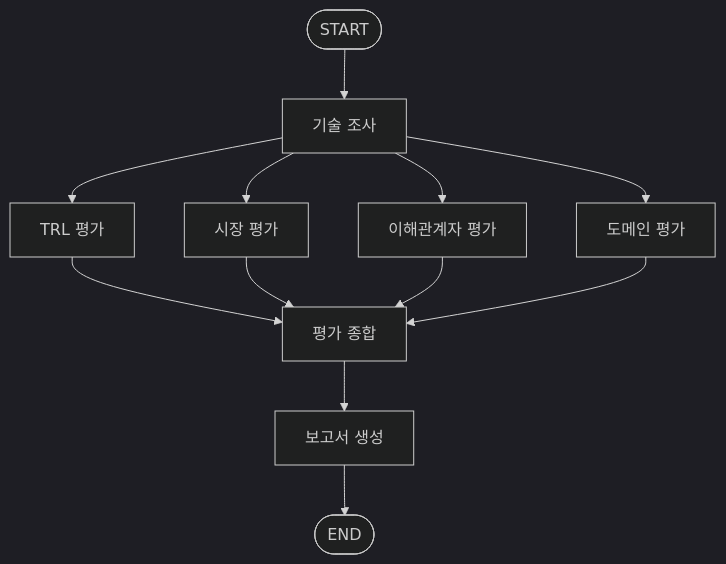
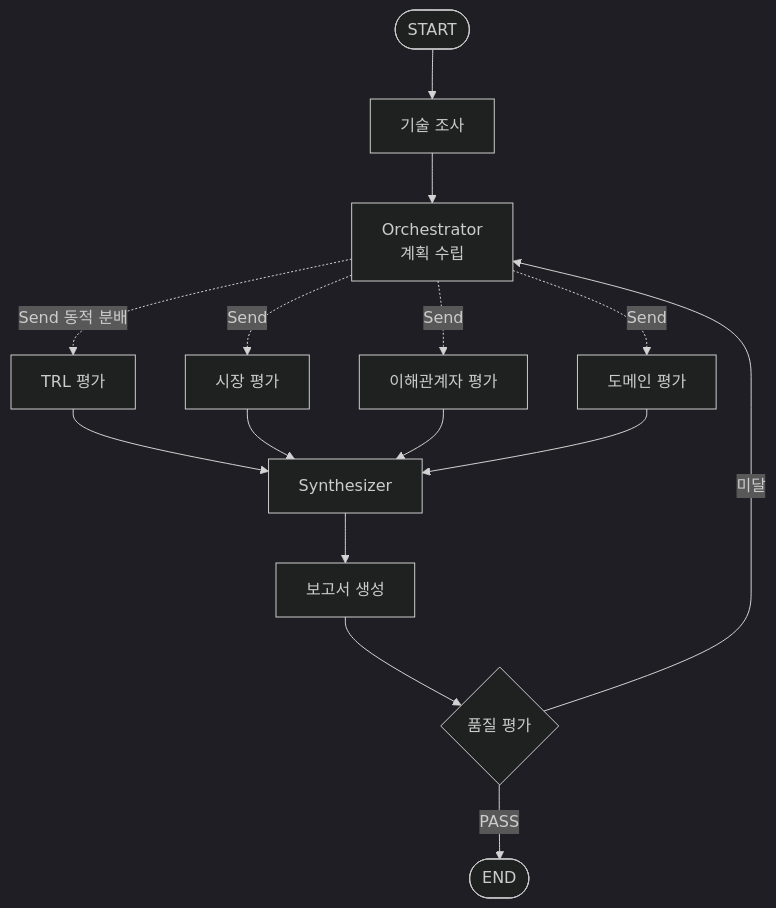
One commit to Team-1253/KV-cache-LangGraph changed the diagram in README.md. Above: the diagram before and after it, drawn with Mermaid (dark theme). The commit also changed other lines of this file, not shown here.

````diff
--- a/README.md
+++ b/README.md
@@ -133,14 +148,17 @@
 ```mermaid
 graph TD;
     START([START]) --> TR[기술 조사]
-    TR --> TRL[TRL 평가]
-    TR --> MK[시장 평가]
-    TR --> SH[이해관계자 평가]
-    TR --> DM[도메인 평가]
-    TRL --> SY[평가 종합]
-    MK --> SY
-    SH --> SY
-    DM --> SY
+    TR --> OR[Orchestrator<br/>계획 수립]
+    OR -. Send 동적 분배 .-> W1[TRL 평가]
+    OR -. Send .-> W2[시장 평가]
+    OR -. Send .-> W3[이해관계자 평가]
+    OR -. Send .-> W4[도메인 평가]
+    W1 --> SY[Synthesizer]
+    W2 --> SY
+    W3 --> SY
+    W4 --> SY
     SY --> RP[보고서 생성]
-    RP --> END([END])
+    RP --> QG{품질 평가}
+    QG -- PASS --> END([END])
+    QG -- 미달 --> OR
 ```
````
